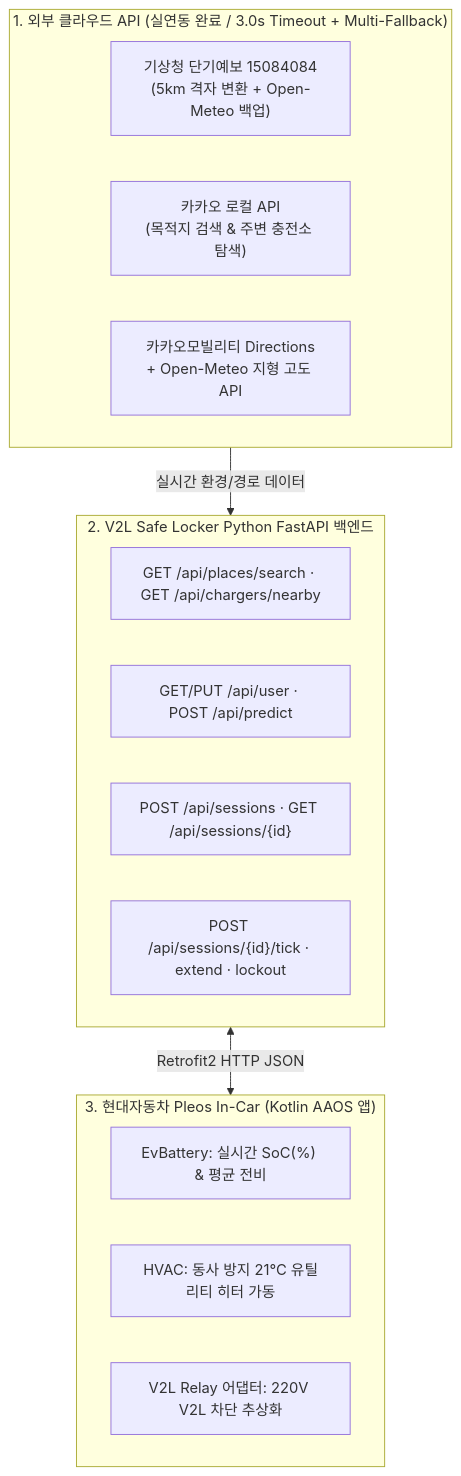
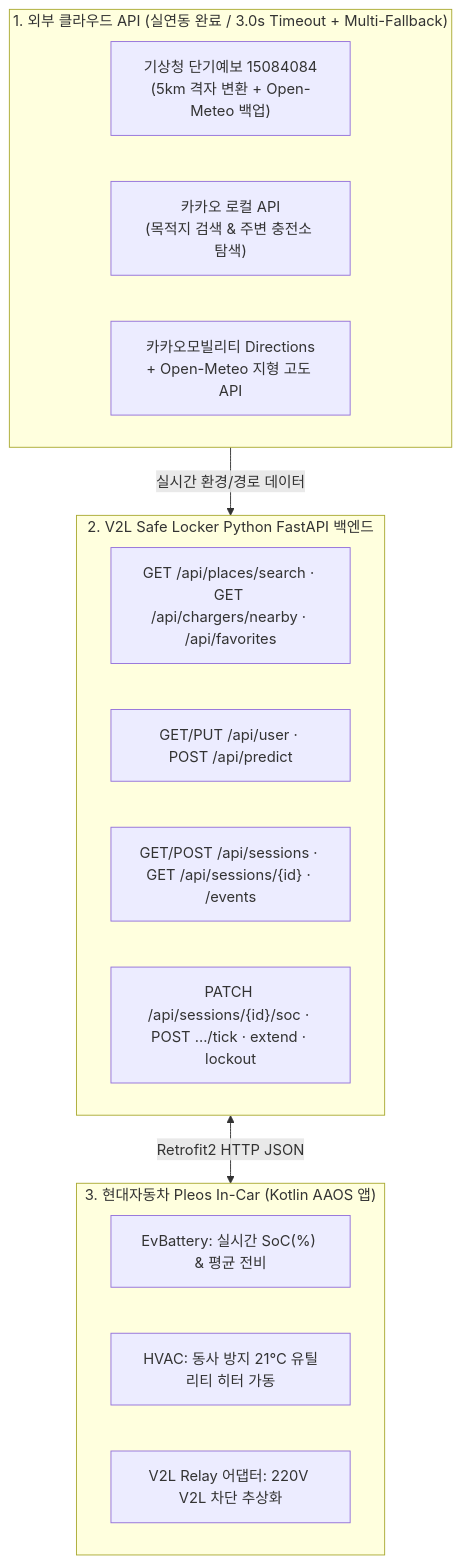
Before and after one commit to He0yujin/V-Locker: the diagram in API_명세서.md, drawn with Mermaid. The commit also changed other lines of this file and 9 other files, not shown here.

````diff
--- a/API_명세서.md
+++ b/API_명세서.md
@@ -15,24 +15,24 @@
 ```mermaid
 flowchart TB
     subgraph EXT["1. 외부 클라우드 API (실연동 완료 / 3.0s Timeout + Multi-Fallback)"]
         KMA["기상청 단기예보 15084084<br/>(5km 격자 변환 + Open-Meteo 백업)"]
         KL["카카오 로컬 API<br/>(목적지 검색 & 주변 충전소 탐색)"]
         KM["카카오모빌리티 Directions<br/>+ Open-Meteo 지형 고도 API"]
     end
 
     subgraph BE["2. V2L Safe Locker Python FastAPI 백엔드"]
-        R1["GET /api/places/search · GET /api/chargers/nearby"]
+        R1["GET /api/places/search · GET /api/chargers/nearby · /api/favorites"]
         R2["GET/PUT /api/user · POST /api/predict"]
-        R3["POST /api/sessions · GET /api/sessions/{id}"]
-        R4["POST /api/sessions/{id}/tick · extend · lockout"]
+        R3["GET/POST /api/sessions · GET /api/sessions/{id} · /events"]
+        R4["PATCH /api/sessions/{id}/soc · POST .../tick · extend · lockout"]
     end
 
     subgraph PLEOS["3. 현대자동차 Pleos In-Car (Kotlin AAOS 앱)"]
         EV["EvBattery: 실시간 SoC(%) & 평균 전비"]
         HV["HVAC: 동사 방지 21℃ 유틸리티 히터 가동"]
         RL["V2L Relay 어댑터: 220V V2L 차단 추상화"]
     end
 
     EXT -->|실시간 환경/경로 데이터| BE
     BE <-->|Retrofit2 HTTP JSON| PLEOS
 ```
````
